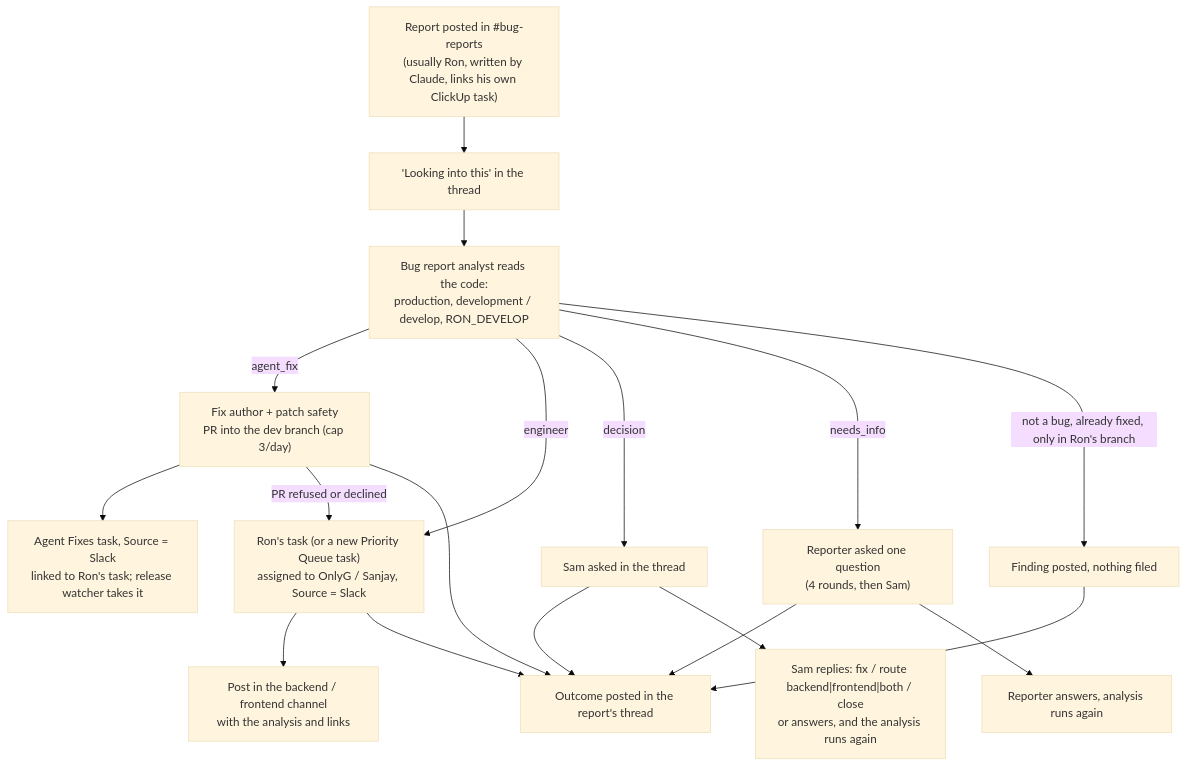
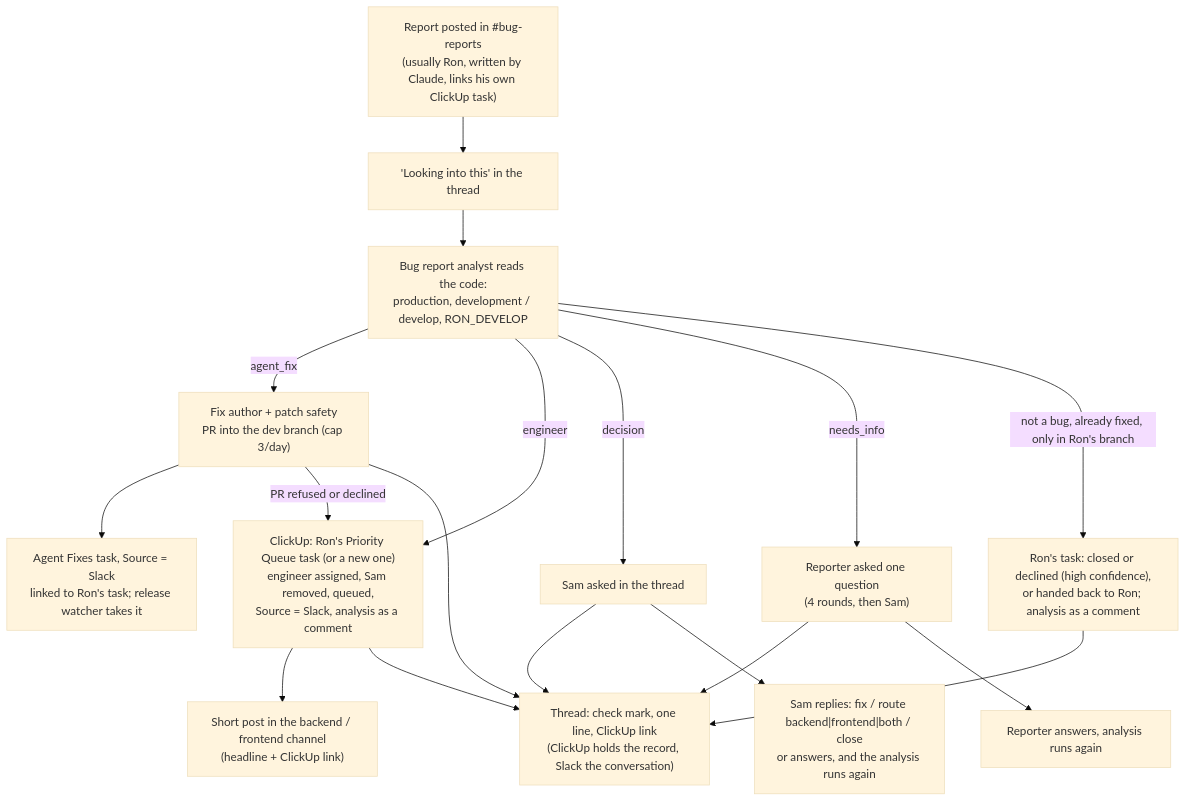
One commit to vomeadmin/vome-os changed the eighth of 9 diagrams in WORKFLOWS.md. Above: the diagram before and after it, drawn with Mermaid (base theme). The commit also changed 4 other files, not shown here.

````diff
--- a/WORKFLOWS.md
+++ b/WORKFLOWS.md
@@ -158,16 +158,16 @@
 ```mermaid
 flowchart TD
   R["Report posted in #bug-reports<br/>(usually Ron, written by Claude, links his own ClickUp task)"]:::built --> ACK["'Looking into this' in the thread"]:::built
   ACK --> AN["Bug report analyst reads the code:<br/>production, development / develop, RON_DEVELOP"]:::built
   AN -->|agent_fix| FX["Fix author + patch safety<br/>PR into the dev branch (cap 3/day)"]:::built
   FX --> AF["Agent Fixes task, Source = Slack<br/>linked to Ron's task; release watcher takes it"]:::built
   FX -->|PR refused or declined| EN
-  AN -->|engineer| EN["Ron's task (or a new Priority Queue task)<br/>assigned to OnlyG / Sanjay, Source = Slack"]:::built
-  EN --> CH["Post in the backend / frontend channel<br/>with the analysis and links"]:::built
+  AN -->|engineer| EN["ClickUp: Ron's Priority Queue task (or a new one)<br/>engineer assigned, Sam removed, queued,<br/>Source = Slack, analysis as a comment"]:::built
+  EN --> CH["Short post in the backend / frontend channel<br/>(headline + ClickUp link)"]:::built
   AN -->|decision| SAM["Sam asked in the thread"]:::built
   AN -->|needs_info| ASK["Reporter asked one question<br/>(4 rounds, then Sam)"]:::built
-  AN -->|not a bug, already fixed, only in Ron's branch| FIN["Finding posted, nothing filed"]:::built
-  FX & EN & SAM & ASK & FIN --> TH["Outcome posted in the report's thread"]:::built
+  AN -->|not a bug, already fixed, only in Ron's branch| FIN["Ron's task: closed or declined (high confidence),<br/>or handed back to Ron; analysis as a comment"]:::built
+  FX & EN & SAM & ASK & FIN --> TH["Thread: check mark, one line, ClickUp link<br/>(ClickUp holds the record, Slack the conversation)"]:::built
   SAM --> CMD["Sam replies: fix / route backend|frontend|both / close<br/>or answers, and the analysis runs again"]:::built
   ASK --> RE["Reporter answers, analysis runs again"]:::built
 ```
````
